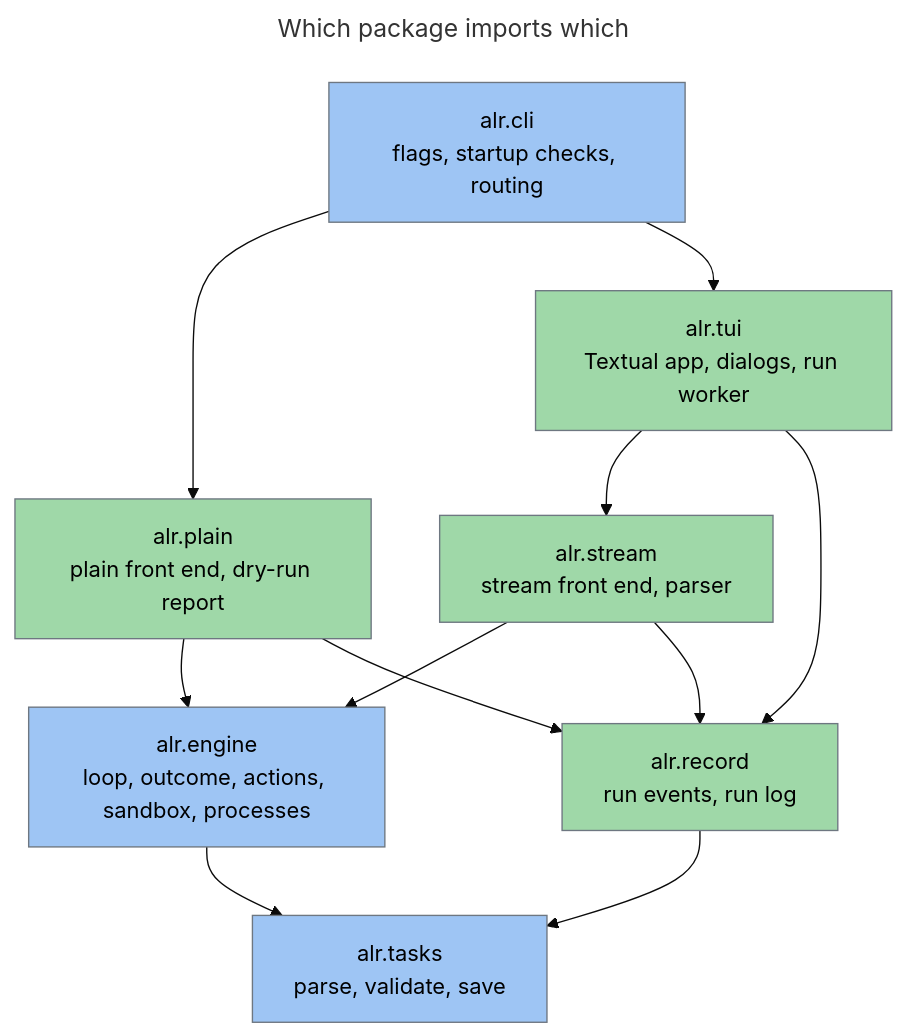
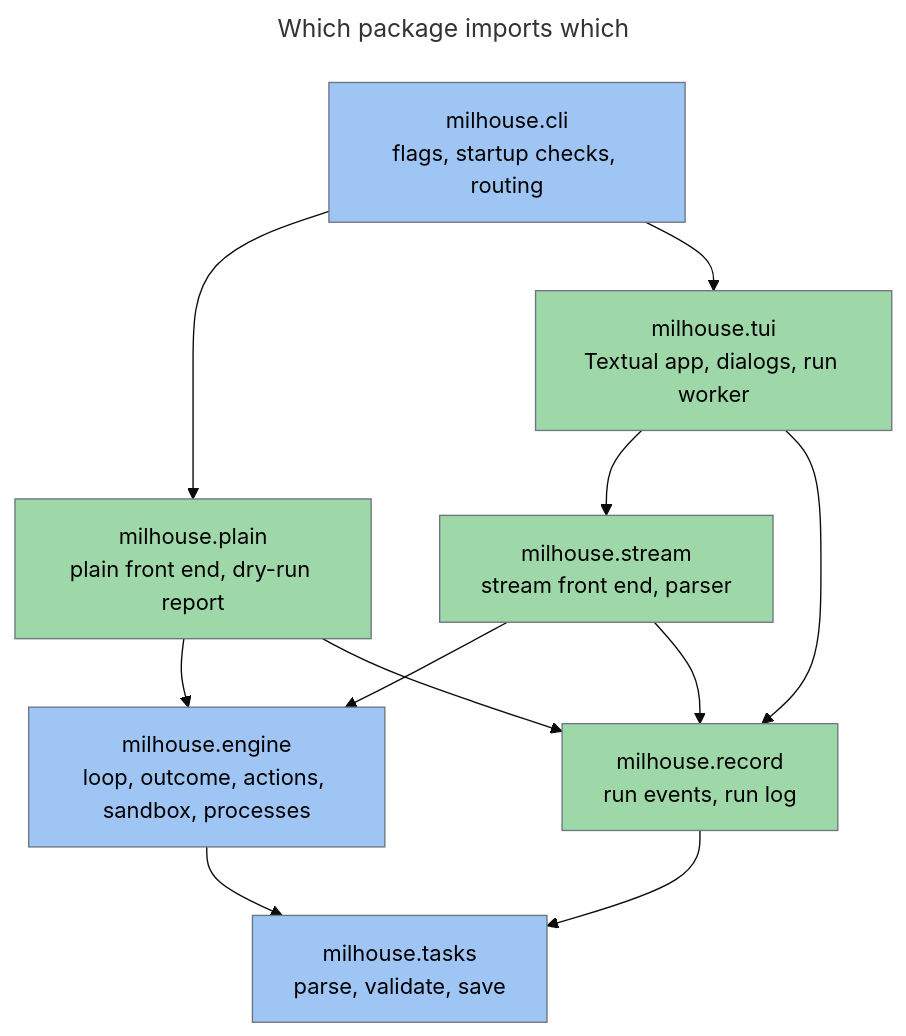
One commit to twistingmercury/agentic_loop_runner changed the first of 5 diagrams in docs/design/03_system_architecture.md. Above: the diagram before and after it, drawn with Mermaid (base theme). The commit also changed other lines of this file and 152 other files, not shown here.

First line of the commit message:
Rename alr to milhouse (ADR-041) (#94)

````diff
--- a/docs/design/03_system_architecture.md
+++ b/docs/design/03_system_architecture.md
@@ -35,26 +35,26 @@
 ```mermaid
 ---
 title: Which package imports which
 ---
 flowchart TD
-    cli["alr.cli<br/>flags, startup checks, routing"]:::blue
-    plain["alr.plain<br/>plain front end, dry-run report"]:::green
-    tui["alr.tui<br/>Textual app, dialogs, run worker"]:::green
-    stream["alr.stream<br/>stream front end, parser"]:::green
-    record["alr.record<br/>run events, run log"]:::green
-    engine["alr.engine<br/>loop, outcome, actions, sandbox, processes"]:::blue
-    tasks["alr.tasks<br/>parse, validate, save"]:::blue
+    cli["milhouse.cli<br/>flags, startup checks, routing"]:::blue
+    plain["milhouse.plain<br/>plain front end, dry-run report"]:::green
+    tui["milhouse.tui<br/>Textual app, dialogs, run worker"]:::green
+    stream["milhouse.stream<br/>stream front end, parser"]:::green
+    record["milhouse.record<br/>run events, run log"]:::green
+    engine["milhouse.engine<br/>loop, outcome, actions, sandbox, processes"]:::blue
+    tasks["milhouse.tasks<br/>parse, validate, save"]:::blue
     cli --> plain
     cli --> tui
     tui --> stream
     tui --> record
     plain --> engine
     plain --> record
     stream --> engine
     stream --> record
     record --> tasks
     engine --> tasks
     classDef blue fill: #9ec5f4, stroke: #6e7781, color: #000000
     classDef green fill: #9fd8a8, stroke: #6e7781, color: #000000
     classDef gray fill: #c4cbd3, stroke: #6e7781, color: #000000
 ```
````
